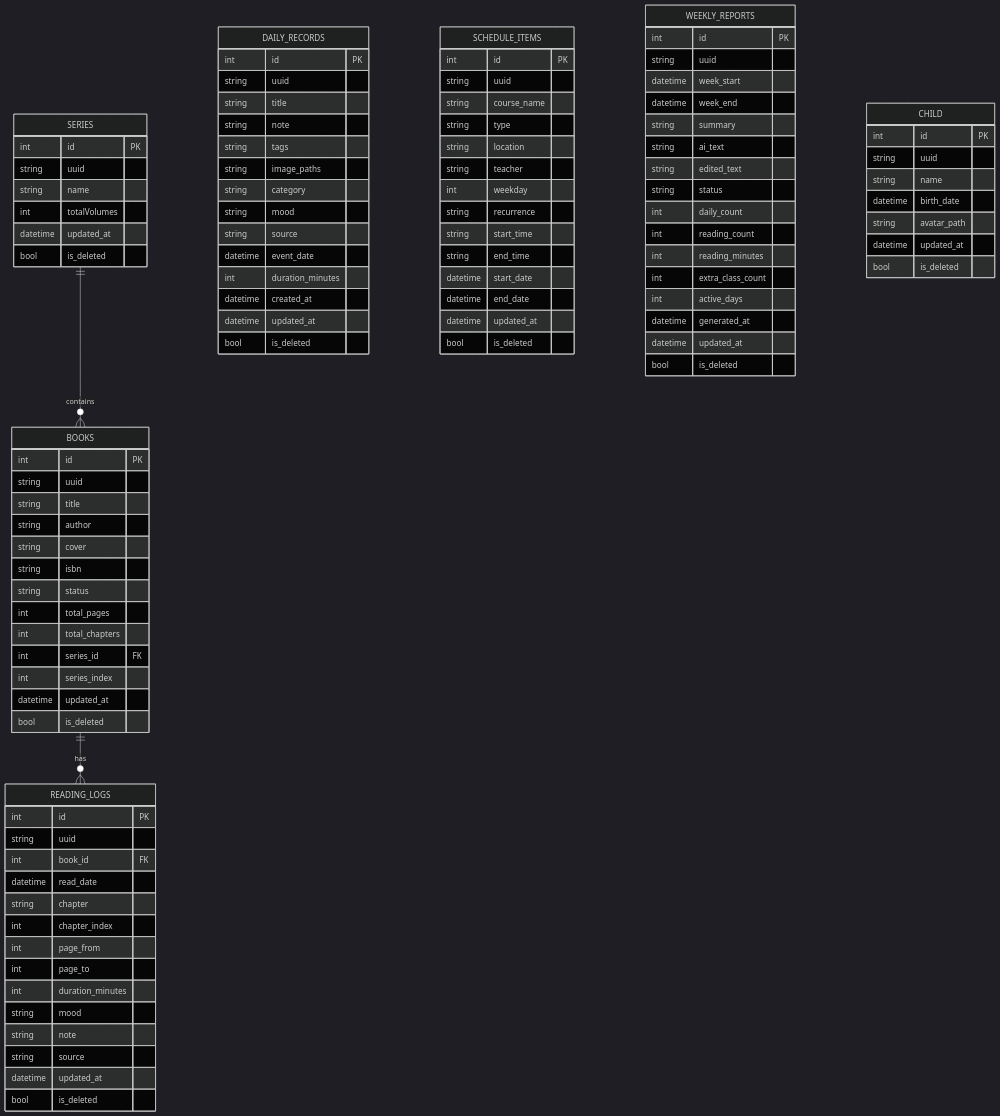
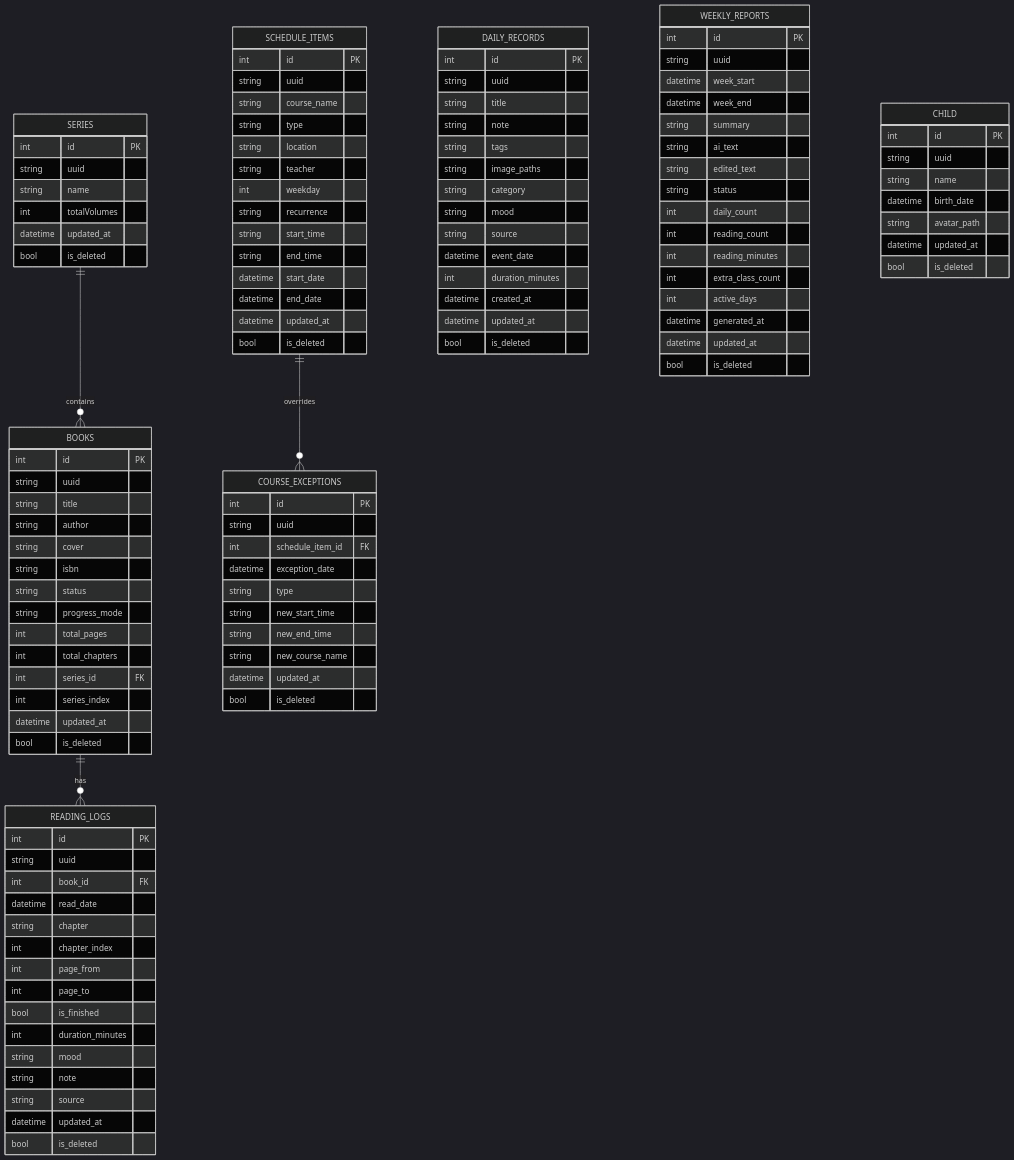
Before and after one commit to liwshuo/sprout: the second of 7 diagrams in docs/技术方案.md, drawn with Mermaid (dark theme). The commit also changed other lines of this file and 23 other files, not shown here.

```diff
--- a/docs/技术方案.md
+++ b/docs/技术方案.md
@@ -419,6 +427,7 @@
 erDiagram
     SERIES ||--o{ BOOKS : contains
     BOOKS ||--o{ READING_LOGS : has
+    SCHEDULE_ITEMS ||--o{ COURSE_EXCEPTIONS : overrides
     SERIES {
         int id PK
         string uuid
@@ -435,6 +444,7 @@
         string cover
         string isbn
         string status
+        string progress_mode
         int total_pages
         int total_chapters
         int series_id FK
@@ -451,6 +461,7 @@
         int chapter_index
         int page_from
         int page_to
+        bool is_finished
         int duration_minutes
         string mood
         string note
@@ -490,6 +501,18 @@
         datetime updated_at
         bool is_deleted
     }
+    COURSE_EXCEPTIONS {
+        int id PK
+        string uuid
+        int schedule_item_id FK
+        datetime exception_date
+        string type
+        string new_start_time
+        string new_end_time
+        string new_course_name
+        datetime updated_at
+        bool is_deleted
+    }
     WEEKLY_REPORTS {
         int id PK
         string uuid
```
